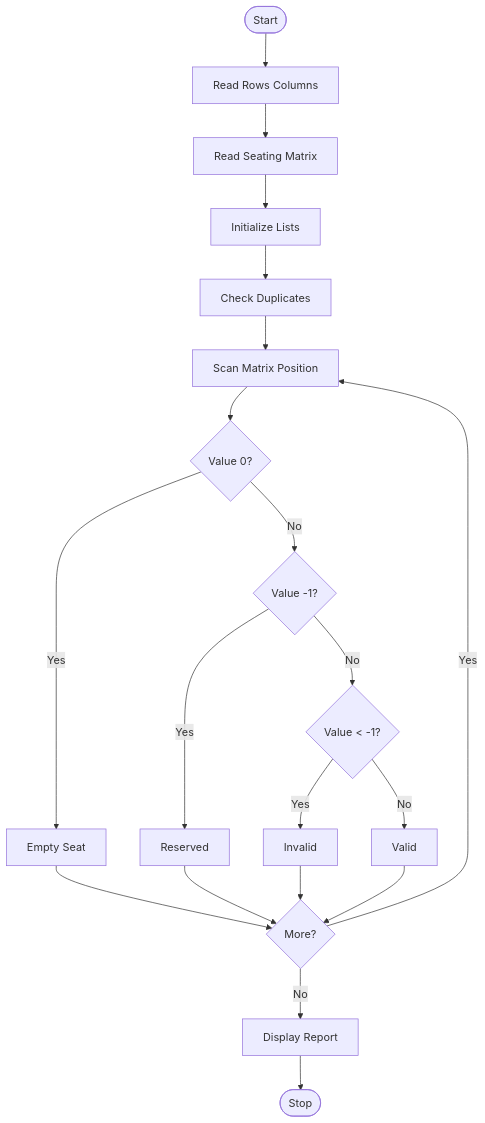
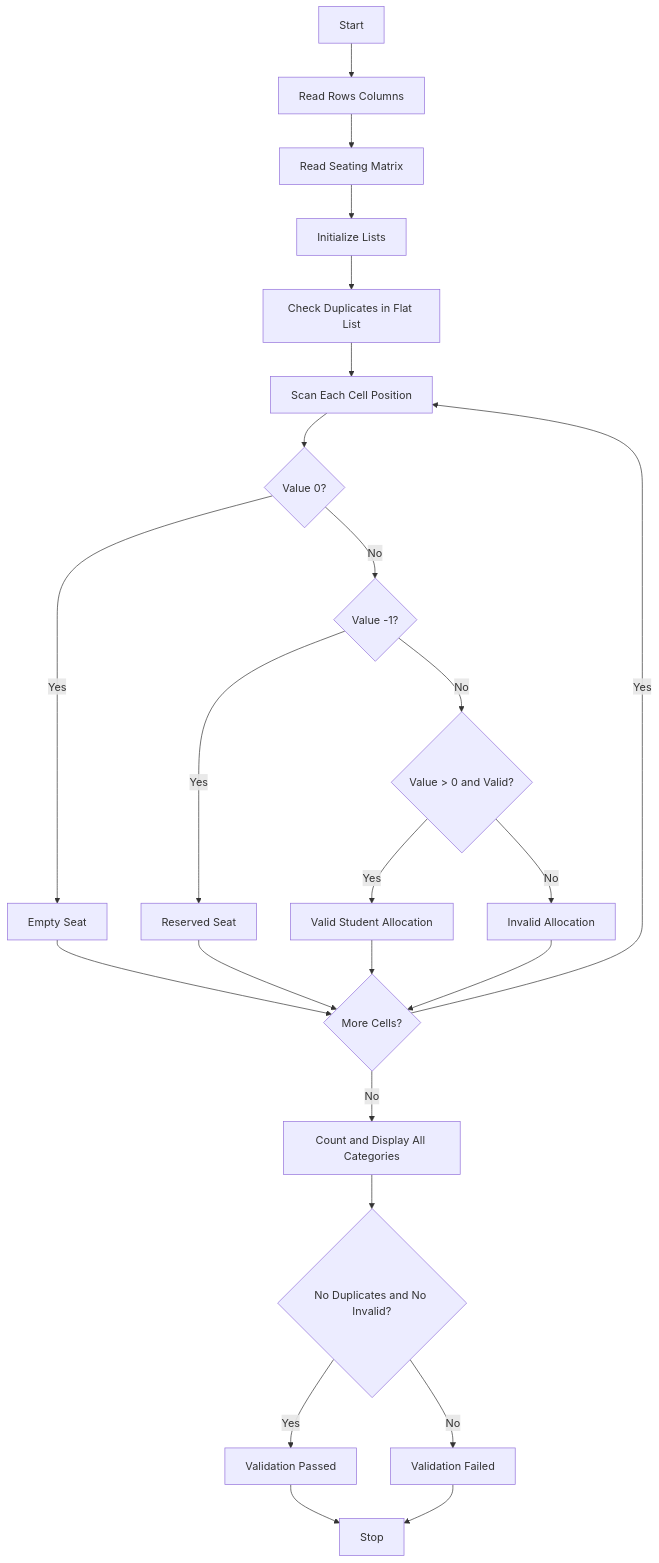
The diagram in Task9/Code.md (bhavyabalusupati10-maker/Python-Tasks), drawn with Mermaid before and after one commit. The commit also changed other lines of this file, not shown here.

````diff
--- a/Task9/Code.md
+++ b/Task9/Code.md
@@ -17,22 +19,26 @@
 ```mermaid
 flowchart TD
-    First([Start]) --> A[Read Rows Columns]
-    A --> B[Read Seating Matrix]
-    B --> C[Initialize Lists]
-    C --> D[Check Duplicates]
-    D --> E[Scan Matrix Position]
-    E --> F{Value 0?}
-    F -->|Yes| G[Empty Seat]
-    F -->|No| H{Value -1?}
-    H -->|Yes| I[Reserved]
-    H -->|No| J{Value < -1?}
-    J -->|Yes| K[Invalid]
-    J -->|No| L[Valid]
-    G --> M{More?}
-    I --> M
-    K --> M
-    L --> M
-    M -->|Yes| E
-    M -->|No| N[Display Report]
-    N --> Last([Stop])
+    A[Start] --> B[Read Rows Columns]
+    B --> C[Read Seating Matrix]
+    C --> D[Initialize Lists]
+    D --> E[Check Duplicates in Flat List]
+    E --> F[Scan Each Cell Position]
+    F --> G{Value 0?}
+    G -- Yes --> H[Empty Seat]
+    G -- No --> I{Value -1?}
+    I -- Yes --> J[Reserved Seat]
+    I -- No --> K{Value > 0 and Valid?}
+    K -- Yes --> L[Valid Student Allocation]
+    K -- No --> M[Invalid Allocation]
+    H --> N{More Cells?}
+    J --> N
+    L --> N
+    M --> N
+    N -- Yes --> F
+    N -- No --> O[Count and Display All Categories]
+    O --> P{No Duplicates and No Invalid?}
+    P -- Yes --> Q[Validation Passed]
+    P -- No --> R[Validation Failed]
+    Q --> S[Stop]
+    R --> S
 ```
````
